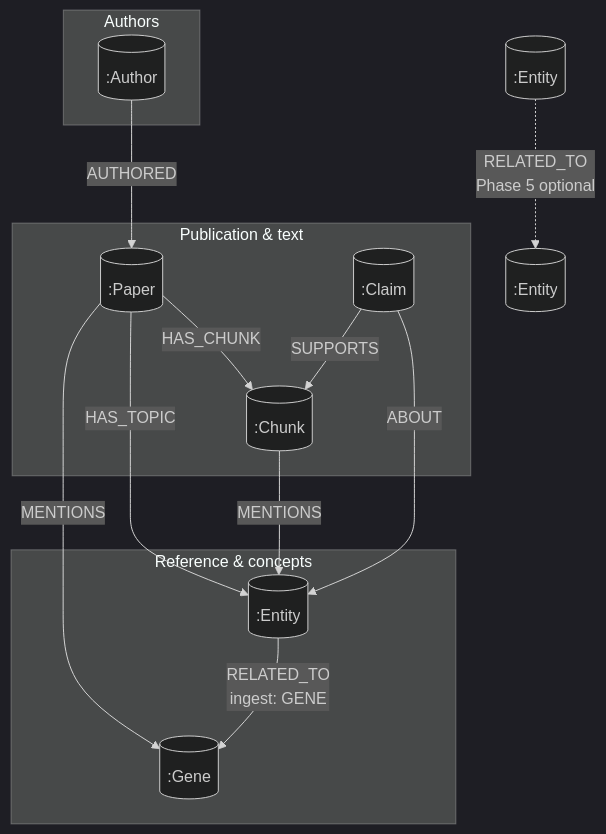
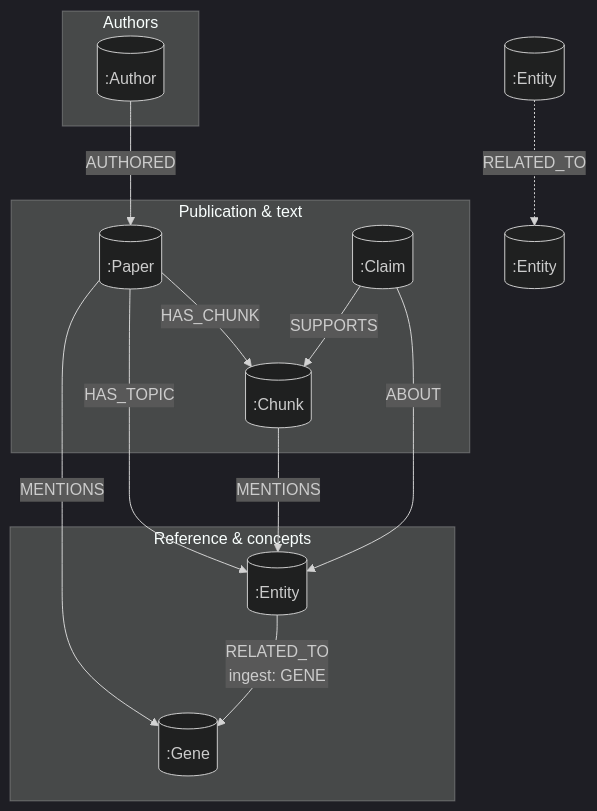
The fourth of 4 diagrams in chatBot/resources/DevreotesLabResearchChatbot/PresantationReadme.md (PeterMangoro/neo4j), drawn with Mermaid (dark theme) before and after one commit. The commit also changed other lines of this file and 10 other files, not shown here.

````diff
--- a/chatBot/resources/DevreotesLabResearchChatbot/PresantationReadme.md
+++ b/chatBot/resources/DevreotesLabResearchChatbot/PresantationReadme.md
@@ -132,27 +132,27 @@
 ```mermaid
 flowchart TB
   subgraph authors["Authors"]
     A[(:Author)]
   end
 
   subgraph papers["Publication & text"]
     P[(:Paper)]
     C[(:Chunk)]
     CL[(:Claim)]
   end
 
   subgraph biology["Reference & concepts"]
     G[(:Gene)]
     E[(:Entity)]
   end
 
   A -->|AUTHORED| P
   P -->|HAS_CHUNK| C
   P -->|MENTIONS| G
   P -->|HAS_TOPIC| E
   C -->|MENTIONS| E
   CL -->|SUPPORTS| C
   CL -->|ABOUT| E
   E -->|RELATED_TO\ningest: GENE| G
-  E2[(:Entity)] -.->|RELATED_TO\nPhase 5 optional| E3[(:Entity)]
+  E2[(:Entity)] -.->|RELATED_TO| E3[(:Entity)]
 ```
````
